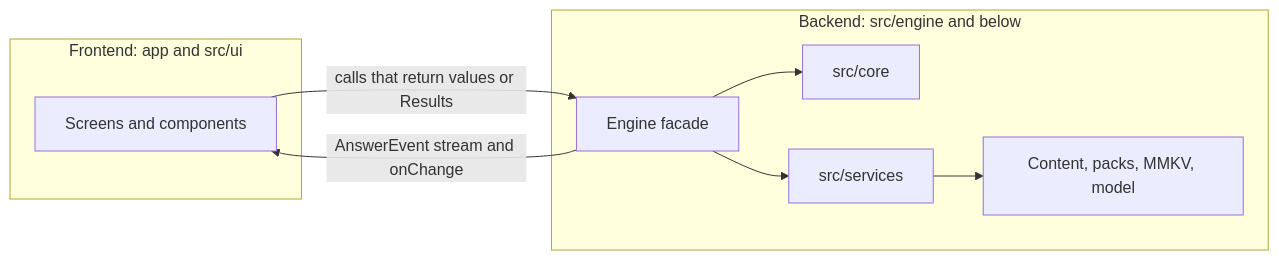
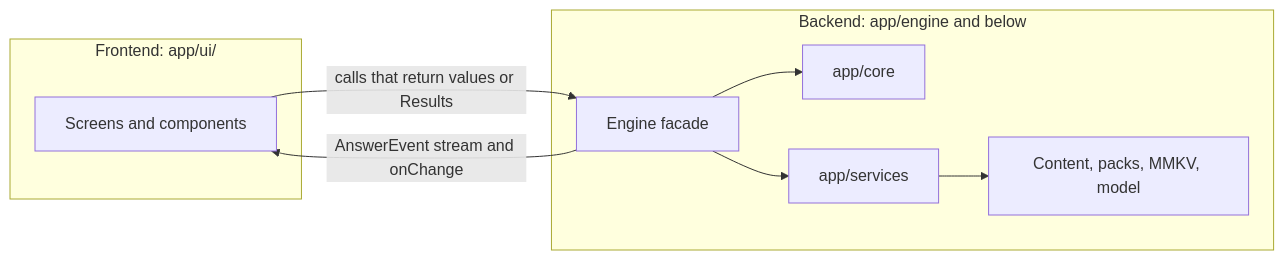
Before and after one commit to Jimuelle07/Sipat: the diagram in docs/api-layer.md, drawn with Mermaid. The commit also changed other lines of this file and 110 other files, not shown here.

Commit message:
feat: backend and minimal frontend done.

````diff
--- a/docs/api-layer.md
+++ b/docs/api-layer.md
@@ -75,17 +77,17 @@
 ```mermaid
 flowchart LR
-  subgraph FE["Frontend: app and src/ui"]
+  subgraph FE["Frontend: app/ui/"]
     SCR["Screens and components"]
   end
-  subgraph BE["Backend: src/engine and below"]
+  subgraph BE["Backend: app/engine and below"]
     ENG["Engine facade"]
-    CORE["src/core"]
-    SVC["src/services"]
+    CORE["app/core"]
+    SVC["app/services"]
     DATA["Content, packs, MMKV, model"]
   end
   SCR -->|calls that return values or Results| ENG
   ENG -->|AnswerEvent stream and onChange| SCR
   ENG --> CORE
   ENG --> SVC
   SVC --> DATA
 ```
````
